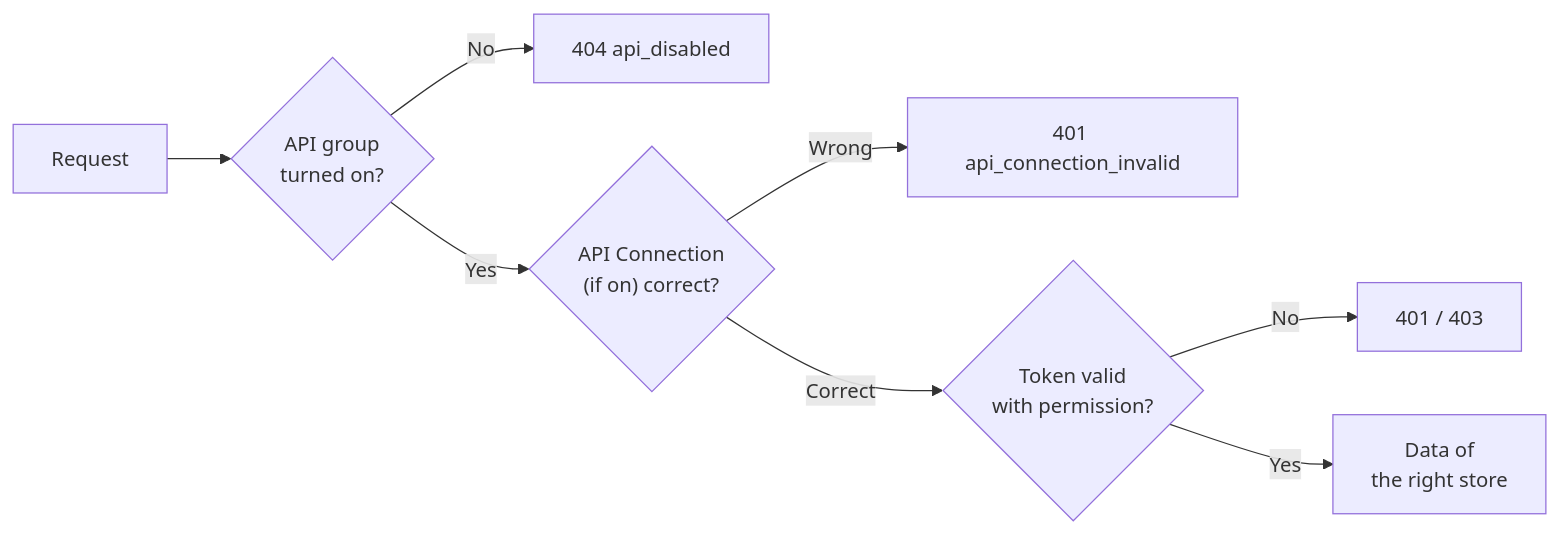
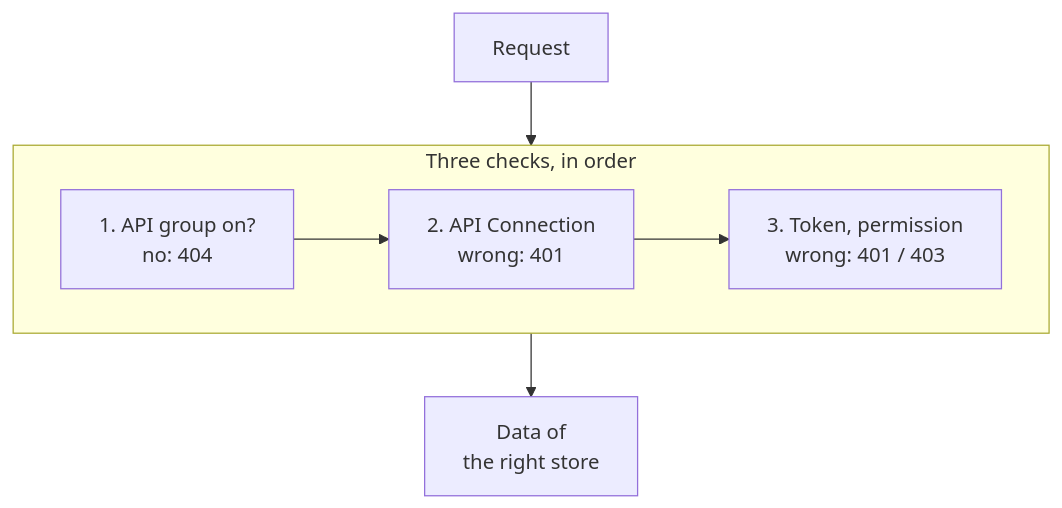
The diagram in api/api-concepts.md (gp247net/gp247-docs), drawn with Mermaid before and after one commit. The commit also changed other lines of this file and 44 other files, not shown here.

First line of the commit message:
docs: redraw oversized diagrams in security, API and MCP docs (vi/en/ja)

````diff
--- a/api/api-concepts.md
+++ b/api/api-concepts.md
@@ -15,10 +15,9 @@
 ```mermaid
-flowchart LR
-    A["Request"] --> B{"API group<br/>turned on?"}
-    B -- "No" --> X1["404 api_disabled"]
-    B -- "Yes" --> C{"API Connection<br/>(if on) correct?"}
-    C -- "Wrong" --> X2["401 api_connection_invalid"]
-    C -- "Correct" --> D{"Token valid<br/>with permission?"}
-    D -- "No" --> X3["401 / 403"]
-    D -- "Yes" --> E["Data of<br/>the right store"]
+flowchart TB
+    A["Request"] --> S
+    subgraph S["Three checks, in order"]
+        direction LR
+        B["1. API group on?<br/>no: 404"] --> C["2. API Connection<br/>wrong: 401"] --> D["3. Token, permission<br/>wrong: 401 / 403"]
+    end
+    S --> E["Data of<br/>the right store"]
 ```
````
